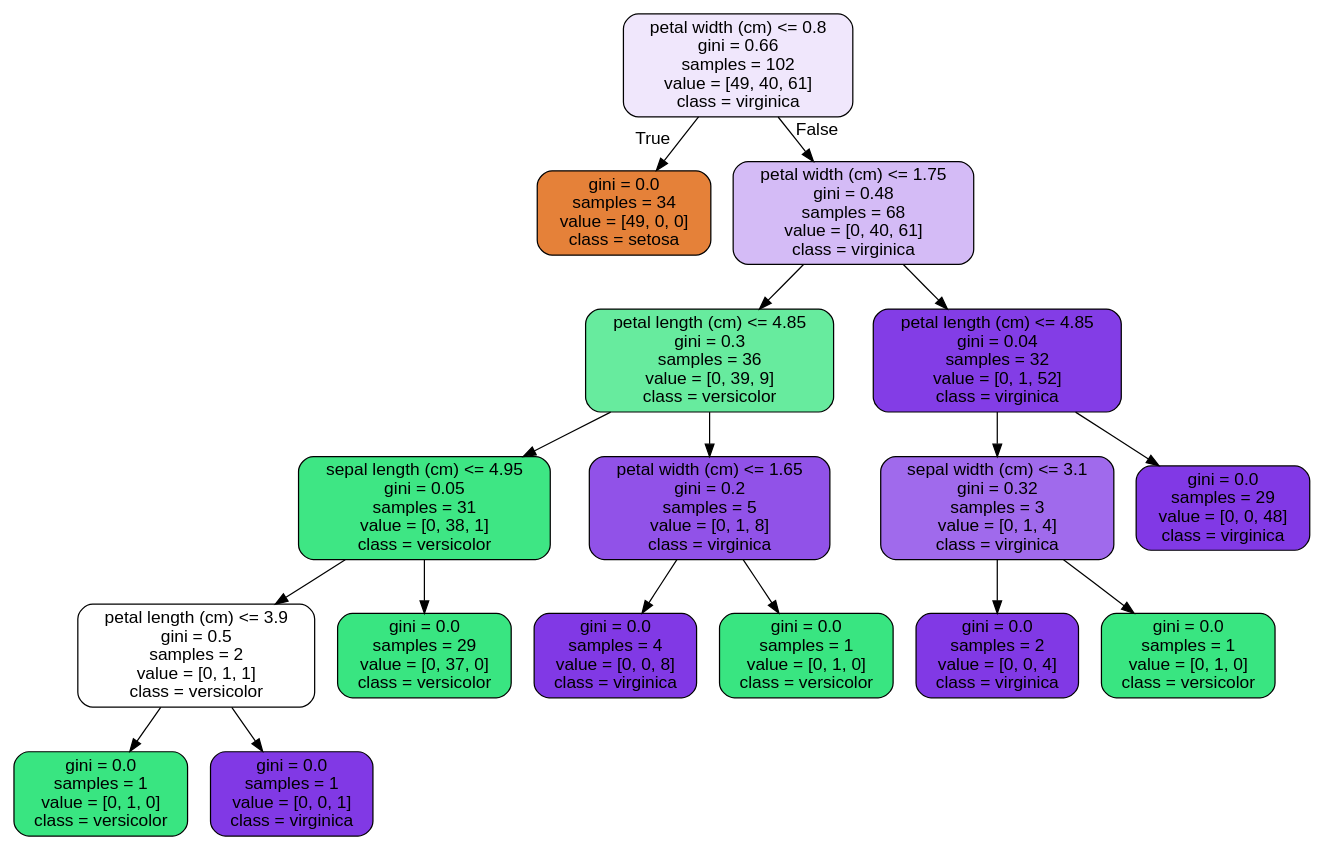
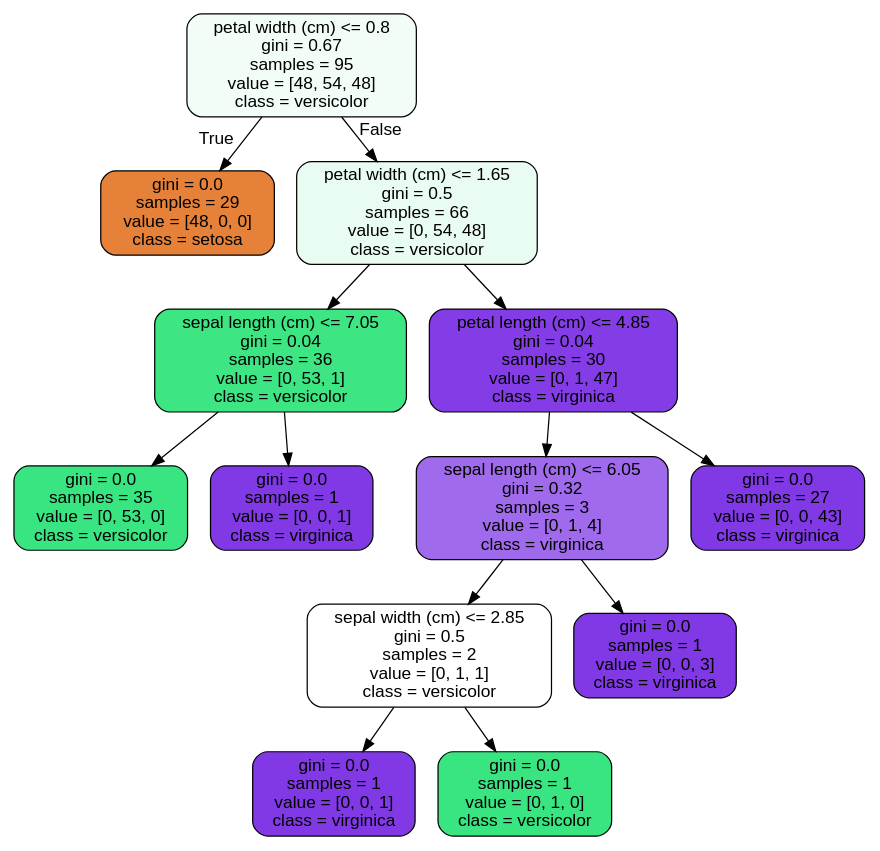
The diagram in RandomForest Covid Case Study/tree.dot (VictoriaS7/Springboard2021), drawn with Graphviz before and after one commit. The commit also changed 2 other files, not shown here.

```diff
--- a/RandomForest Covid Case Study/tree.dot
+++ b/RandomForest Covid Case Study/tree.dot
@@ -1,37 +1,29 @@
 digraph Tree {
-node [shape=box, style="filled, rounded", color="black", fontname=helvetica] ;
-edge [fontname=helvetica] ;
-0 [label="petal width (cm) <= 0.8\ngini = 0.66\nsamples = 102\nvalue = [49, 40, 61]\nclass = virginica", fillcolor="#f0e7fc"] ;
-1 [label="gini = 0.0\nsamples = 34\nvalue = [49, 0, 0]\nclass = setosa", fillcolor="#e58139"] ;
+node [shape=box, style="filled, rounded", color="black", fontname="helvetica"] ;
+edge [fontname="helvetica"] ;
+0 [label="petal width (cm) <= 0.8\ngini = 0.67\nsamples = 95\nvalue = [48, 54, 48]\nclass = versicolor", fillcolor="#f3fdf8"] ;
+1 [label="gini = 0.0\nsamples = 29\nvalue = [48, 0, 0]\nclass = setosa", fillcolor="#e58139"] ;
 0 -> 1 [labeldistance=2.5, labelangle=45, headlabel="True"] ;
-2 [label="petal width (cm) <= 1.75\ngini = 0.48\nsamples = 68\nvalue = [0, 40, 61]\nclass = virginica", fillcolor="#d4bbf6"] ;
+2 [label="petal width (cm) <= 1.65\ngini = 0.5\nsamples = 66\nvalue = [0, 54, 48]\nclass = versicolor", fillcolor="#e9fcf1"] ;
 0 -> 2 [labeldistance=2.5, labelangle=-45, headlabel="False"] ;
-3 [label="petal length (cm) <= 4.85\ngini = 0.3\nsamples = 36\nvalue = [0, 39, 9]\nclass = versicolor", fillcolor="#67eb9e"] ;
+3 [label="sepal length (cm) <= 7.05\ngini = 0.04\nsamples = 36\nvalue = [0, 53, 1]\nclass = versicolor", fillcolor="#3de583"] ;
 2 -> 3 ;
-4 [label="sepal length (cm) <= 4.95\ngini = 0.05\nsamples = 31\nvalue = [0, 38, 1]\nclass = versicolor", fillcolor="#3ee684"] ;
+4 [label="gini = 0.0\nsamples = 35\nvalue = [0, 53, 0]\nclass = versicolor", fillcolor="#39e581"] ;
 3 -> 4 ;
-5 [label="petal length (cm) <= 3.9\ngini = 0.5\nsamples = 2\nvalue = [0, 1, 1]\nclass = versicolor", fillcolor="#ffffff"] ;
-4 -> 5 ;
-6 [label="gini = 0.0\nsamples = 1\nvalue = [0, 1, 0]\nclass = versicolor", fillcolor="#39e581"] ;
-5 -> 6 ;
-7 [label="gini = 0.0\nsamples = 1\nvalue = [0, 0, 1]\nclass = virginica", fillcolor="#8139e5"] ;
-5 -> 7 ;
-8 [label="gini = 0.0\nsamples = 29\nvalue = [0, 37, 0]\nclass = versicolor", fillcolor="#39e581"] ;
-4 -> 8 ;
-9 [label="petal width (cm) <= 1.65\ngini = 0.2\nsamples = 5\nvalue = [0, 1, 8]\nclass = virginica", fillcolor="#9152e8"] ;
-3 -> 9 ;
-10 [label="gini = 0.0\nsamples = 4\nvalue = [0, 0, 8]\nclass = virginica", fillcolor="#8139e5"] ;
-9 -> 10 ;
-11 [label="gini = 0.0\nsamples = 1\nvalue = [0, 1, 0]\nclass = versicolor", fillcolor="#39e581"] ;
-9 -> 11 ;
-12 [label="petal length (cm) <= 4.85\ngini = 0.04\nsamples = 32\nvalue = [0, 1, 52]\nclass = virginica", fillcolor="#833de6"] ;
-2 -> 12 ;
-13 [label="sepal width (cm) <= 3.1\ngini = 0.32\nsamples = 3\nvalue = [0, 1, 4]\nclass = virginica", fillcolor="#a06aec"] ;
-12 -> 13 ;
-14 [label="gini = 0.0\nsamples = 2\nvalue = [0, 0, 4]\nclass = virginica", fillcolor="#8139e5"] ;
-13 -> 14 ;
-15 [label="gini = 0.0\nsamples = 1\nvalue = [0, 1, 0]\nclass = versicolor", fillcolor="#39e581"] ;
-13 -> 15 ;
-16 [label="gini = 0.0\nsamples = 29\nvalue = [0, 0, 48]\nclass = virginica", fillcolor="#8139e5"] ;
-12 -> 16 ;
+5 [label="gini = 0.0\nsamples = 1\nvalue = [0, 0, 1]\nclass = virginica", fillcolor="#8139e5"] ;
+3 -> 5 ;
+6 [label="petal length (cm) <= 4.85\ngini = 0.04\nsamples = 30\nvalue = [0, 1, 47]\nclass = virginica", fillcolor="#843de6"] ;
+2 -> 6 ;
+7 [label="sepal length (cm) <= 6.05\ngini = 0.32\nsamples = 3\nvalue = [0, 1, 4]\nclass = virginica", fillcolor="#a06aec"] ;
+6 -> 7 ;
+8 [label="sepal width (cm) <= 2.85\ngini = 0.5\nsamples = 2\nvalue = [0, 1, 1]\nclass = versicolor", fillcolor="#ffffff"] ;
+7 -> 8 ;
+9 [label="gini = 0.0\nsamples = 1\nvalue = [0, 0, 1]\nclass = virginica", fillcolor="#8139e5"] ;
+8 -> 9 ;
+10 [label="gini = 0.0\nsamples = 1\nvalue = [0, 1, 0]\nclass = versicolor", fillcolor="#39e581"] ;
+8 -> 10 ;
+11 [label="gini = 0.0\nsamples = 1\nvalue = [0, 0, 3]\nclass = virginica", fillcolor="#8139e5"] ;
+7 -> 11 ;
+12 [label="gini = 0.0\nsamples = 27\nvalue = [0, 0, 43]\nclass = virginica", fillcolor="#8139e5"] ;
+6 -> 12 ;
 }
```
